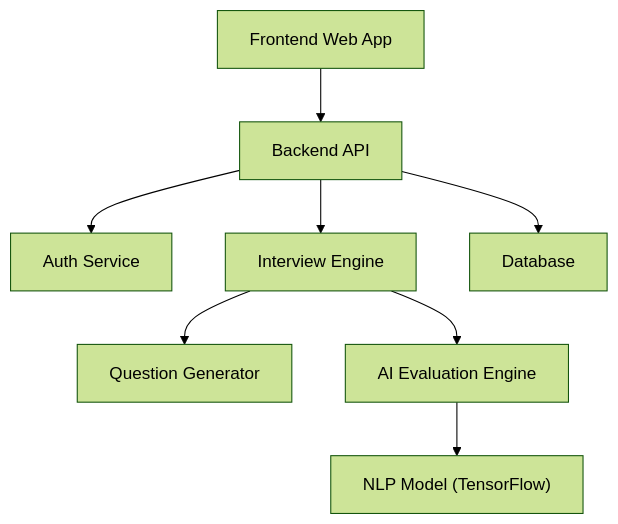
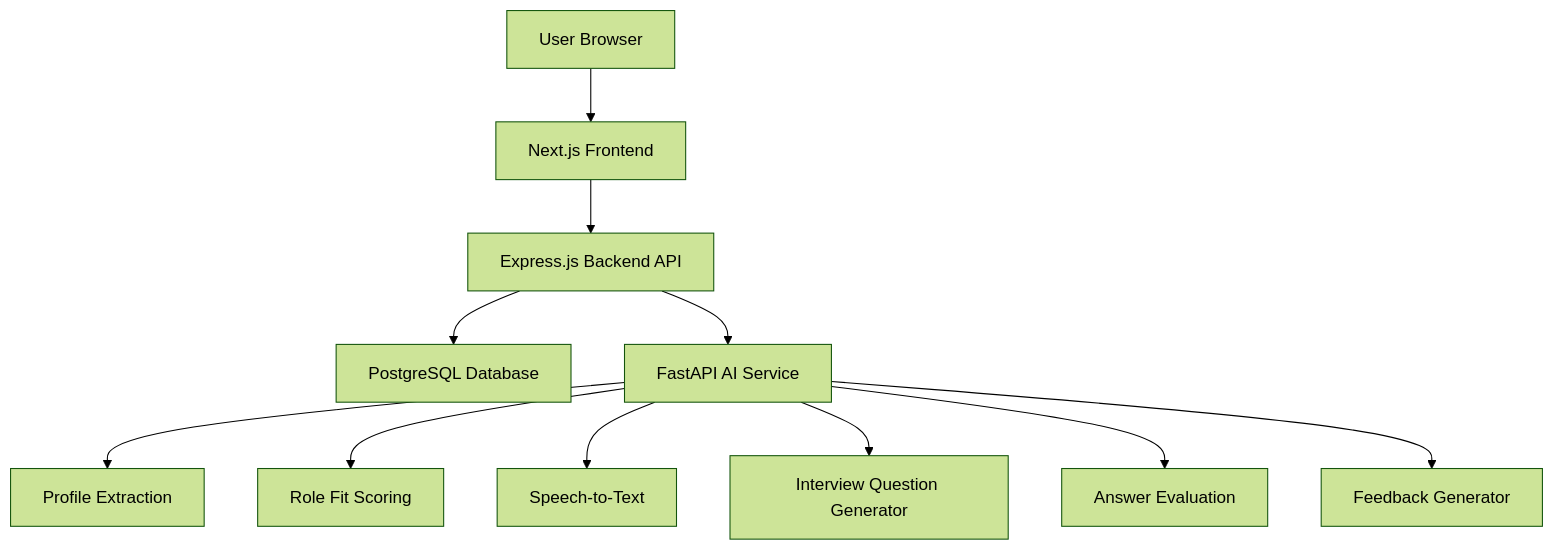
The diagram in profile/README.md (Road2Work/.github), drawn with Mermaid (forest theme) before and after one commit. The commit also changed other lines of this file, not shown here.

````diff
--- a/profile/README.md
+++ b/profile/README.md
@@ -177,10 +279,13 @@
 ```mermaid
 graph TD
-    A[Frontend Web App] --> B[Backend API]
-    B --> C[Auth Service]
-    B --> D[Interview Engine]
-    D --> E[Question Generator]
-    D --> F[AI Evaluation Engine]
-    F --> G["NLP Model (TensorFlow)"]
-    B --> H[Database]
+    A[User Browser] --> B[Next.js Frontend]
+    B --> C[Express.js Backend API]
+    C --> D[PostgreSQL Database]
+    C --> E[FastAPI AI Service]
+    E --> F[Profile Extraction]
+    E --> G[Role Fit Scoring]
+    E --> H[Speech-to-Text]
+    E --> I[Interview Question Generator]
+    E --> J[Answer Evaluation]
+    E --> K[Feedback Generator]
 ```
````
